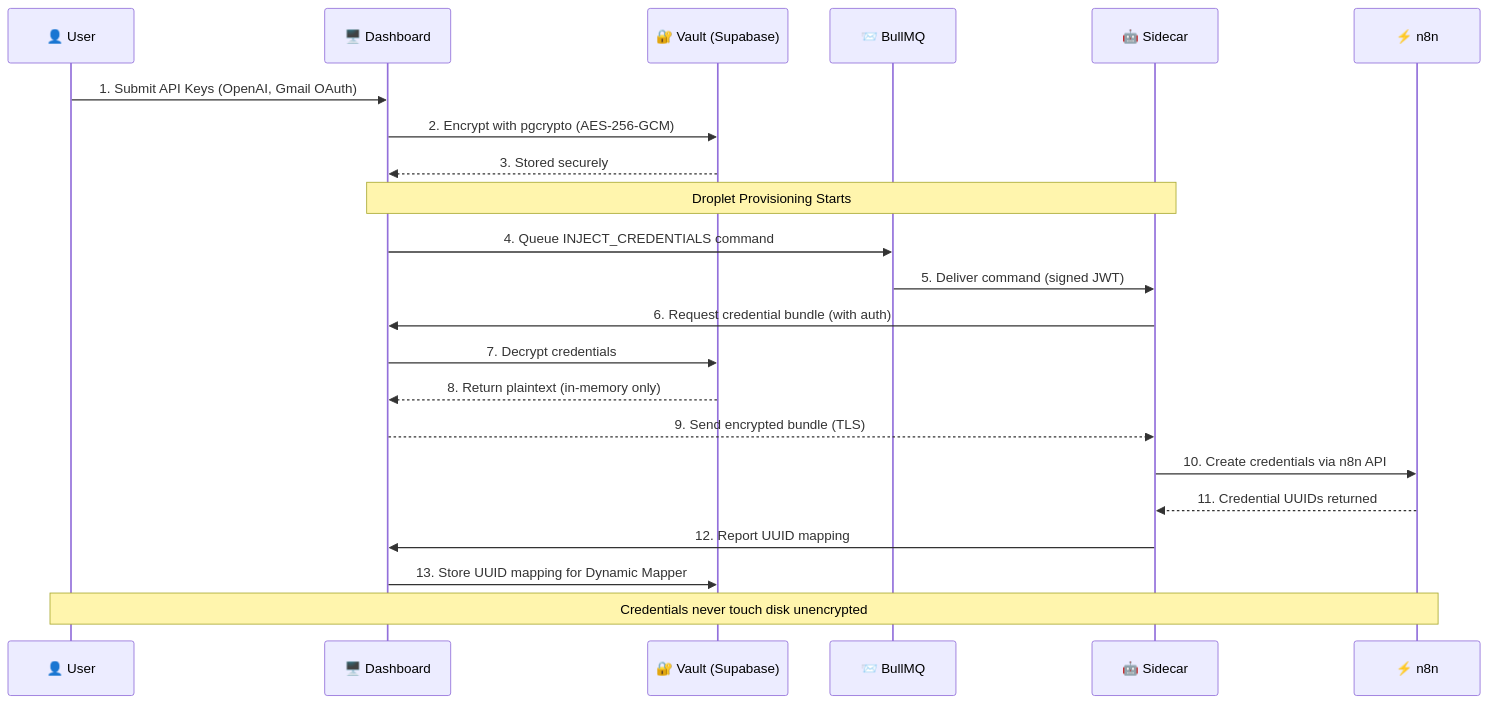
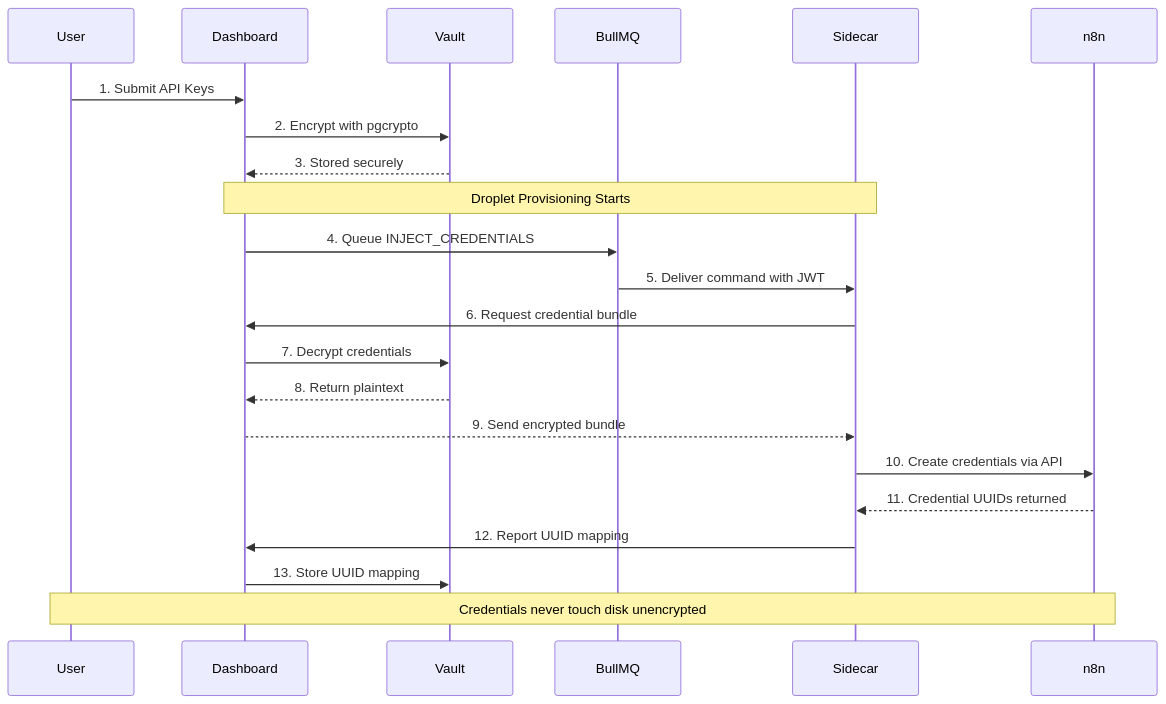
Before and after one commit to nishchith-m10/cold-email-dashboard: the seventh of 13 diagrams in docs/plans/Genesis_Architecture.md, drawn with Mermaid. The commit also changed other lines of this file, not shown here.

First line of the commit message:
fix: Remove emojis from Mermaid.js diagrams for compatibility

````diff
--- a/docs/plans/Genesis_Architecture.md
+++ b/docs/plans/Genesis_Architecture.md
@@ -911,28 +836,28 @@
 ```mermaid
 sequenceDiagram
-    participant User as 👤 User
-    participant Dashboard as 🖥️ Dashboard
-    participant Vault as 🔐 Vault (Supabase)
-    participant BullMQ as 📨 BullMQ
-    participant Sidecar as 🤖 Sidecar
-    participant n8n as ⚡ n8n
+    participant User
+    participant Dashboard
+    participant Vault
+    participant BullMQ
+    participant Sidecar
+    participant n8n
 
-    User->>Dashboard: 1. Submit API Keys (OpenAI, Gmail OAuth)
-    Dashboard->>Vault: 2. Encrypt with pgcrypto (AES-256-GCM)
+    User->>Dashboard: 1. Submit API Keys
+    Dashboard->>Vault: 2. Encrypt with pgcrypto
     Vault-->>Dashboard: 3. Stored securely
     
     Note over Dashboard,Sidecar: Droplet Provisioning Starts
     
-    Dashboard->>BullMQ: 4. Queue INJECT_CREDENTIALS command
-    BullMQ->>Sidecar: 5. Deliver command (signed JWT)
-    Sidecar->>Dashboard: 6. Request credential bundle (with auth)
+    Dashboard->>BullMQ: 4. Queue INJECT_CREDENTIALS
+    BullMQ->>Sidecar: 5. Deliver command with JWT
+    Sidecar->>Dashboard: 6. Request credential bundle
     Dashboard->>Vault: 7. Decrypt credentials
-    Vault-->>Dashboard: 8. Return plaintext (in-memory only)
-    Dashboard-->>Sidecar: 9. Send encrypted bundle (TLS)
-    Sidecar->>n8n: 10. Create credentials via n8n API
+    Vault-->>Dashboard: 8. Return plaintext
+    Dashboard-->>Sidecar: 9. Send encrypted bundle
+    Sidecar->>n8n: 10. Create credentials via API
     n8n-->>Sidecar: 11. Credential UUIDs returned
     Sidecar->>Dashboard: 12. Report UUID mapping
-    Dashboard->>Vault: 13. Store UUID mapping for Dynamic Mapper
+    Dashboard->>Vault: 13. Store UUID mapping
     
     Note over User,n8n: Credentials never touch disk unencrypted
 ```
````
